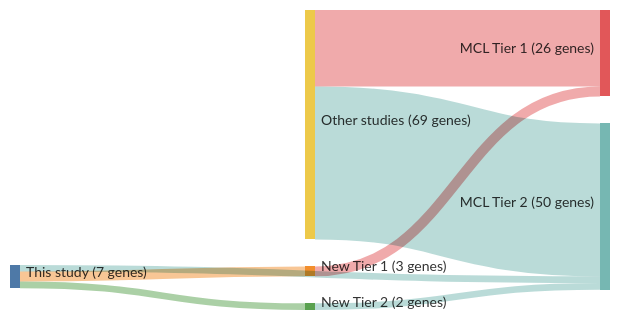
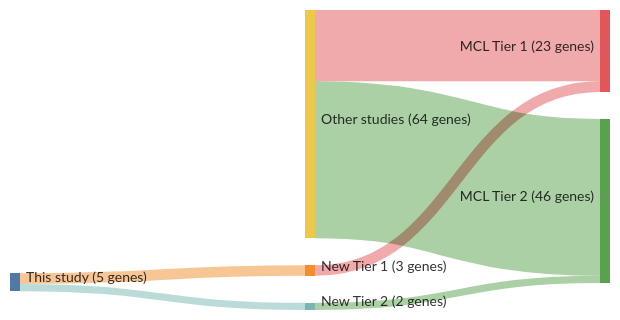
Before and after one commit to morinlab/lymphopedia: the diagram in papers/nadeuGenomicEpigenomicInsights2020b.md, drawn with Mermaid. The commit also changed 81 other files, not shown here.

````diff
--- a/papers/nadeuGenomicEpigenomicInsights2020b.md
+++ b/papers/nadeuGenomicEpigenomicInsights2020b.md
@@ -12,21 +12,20 @@
 ```mermaid
 ---
 config:
     sankey:
         showValues: true
         linkColor: target
         width: 600
         height: 300
         nodeAlignment: right
         prefix: '('
         suffix: ' genes)'
 ---
 sankey-beta
 This study, New Tier 1, 3
 New Tier 1, MCL Tier 1, 3
-This study, MCL Tier 2, 2
 This study, New Tier 2, 2
 New Tier 2, MCL Tier 2, 2
-Other studies, MCL Tier 1, 23
-Other studies, MCL Tier 2, 46
+Other studies, MCL Tier 1, 20
+Other studies, MCL Tier 2, 44
 ```
````
